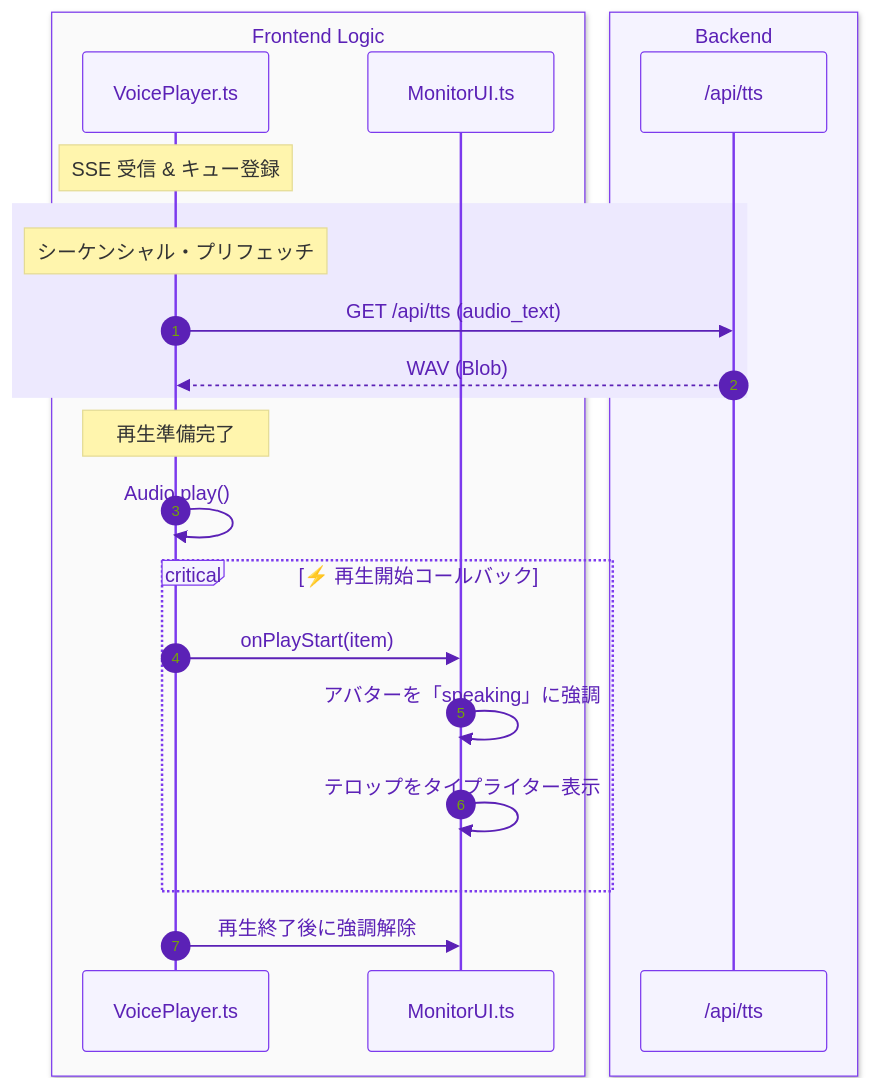
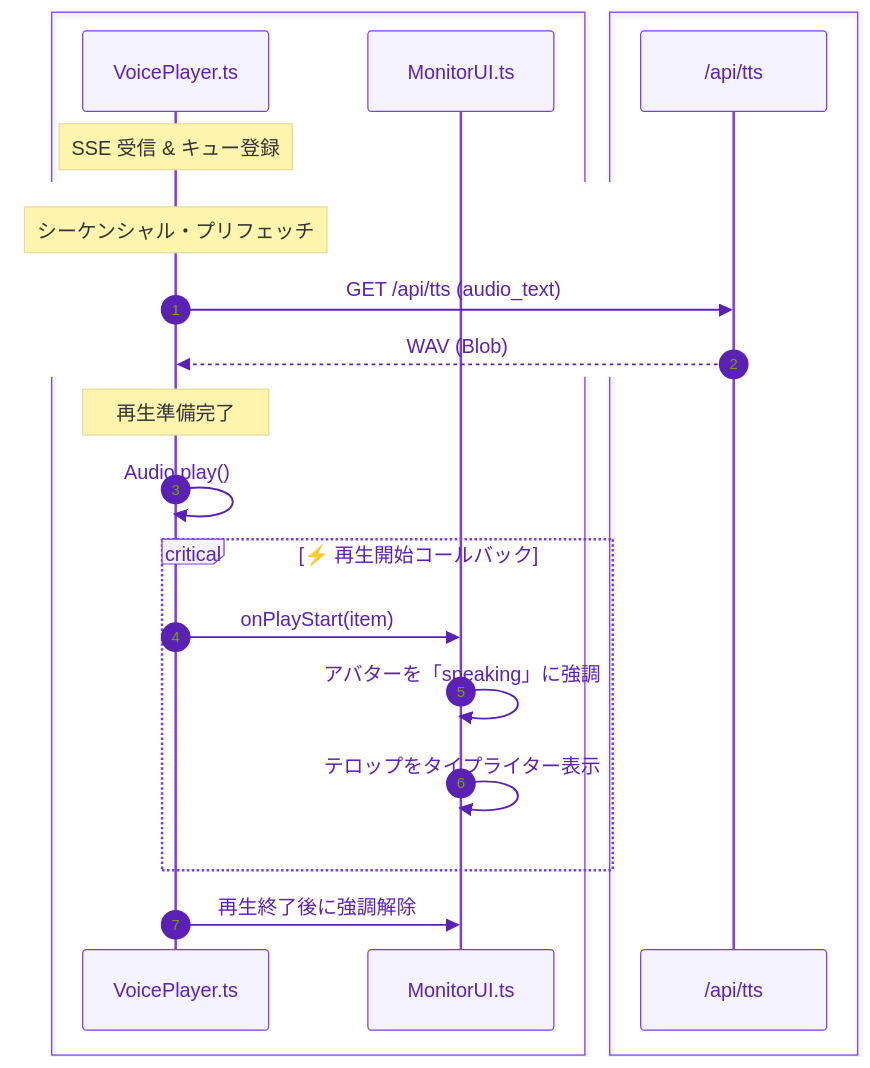
The third of 4 diagrams in docs/system_flow.md (yuma25/AI-Radio-Room), drawn with Mermaid before and after one commit. The commit also changed other lines of this file, not shown here.

Commit message:
docs: use standard hex codes and quoted labels in Mermaid diagrams for better compatibility

````diff
--- a/docs/system_flow.md
+++ b/docs/system_flow.md
@@ -96,33 +96,33 @@
 ```mermaid
 %%{init: {'theme': 'base', 'themeVariables': { 'primaryColor': '#f5f3ff', 'primaryTextColor': '#5b21b6', 'primaryBorderColor': '#7c3aed', 'lineColor': '#8b5cf6'}}}%%
 sequenceDiagram
     autonumber
 
-    box rgb(250, 250, 250) Frontend Logic
+    box #fafafa "Frontend Logic"
         participant Player as VoicePlayer.ts
         participant Monitor as MonitorUI.ts
     end
 
-    box rgb(245, 243, 255) Backend
+    box #f5f3ff "Backend"
         participant TTS as /api/tts
     end
 
     Note over Player: SSE 受信 & キュー登録
     
-    rect rgb(237, 233, 254)
+    rect #ede9fe
     Note over Player: シーケンシャル・プリフェッチ
     Player->>TTS: GET /api/tts (audio_text)
     TTS-->>Player: WAV (Blob)
     end
 
     Note over Player: 再生準備完了
     Player->>Player: Audio.play()
     
     critical ⚡ 再生開始コールバック
         Player->>Monitor: onPlayStart(item)
         Monitor->>Monitor: アバターを「speaking」に強調
         Monitor->>Monitor: テロップをタイプライター表示
     end
 
     Player->>Monitor: 再生終了後に強調解除
 ```
````
